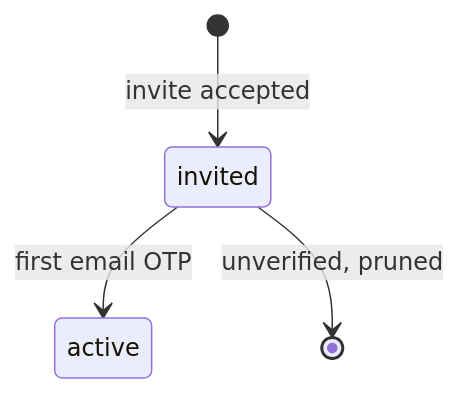
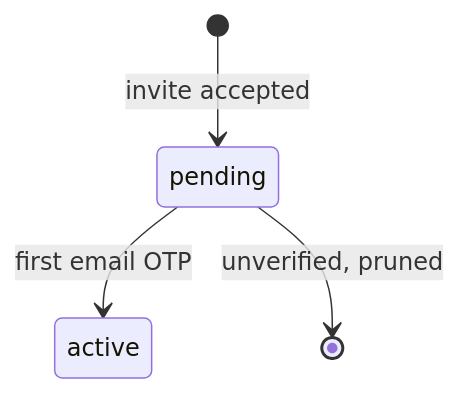
One commit to Blue-Dots-Economy/aggregator-dpg changed the third of 4 diagrams in docs/plans/invite-only-onboarding.md. Above: the diagram before and after it, drawn with Mermaid. The commit also changed other lines of this file, not shown here.

Commit message:
docs(plans): keep pending status and split org and user invite APIs

````diff
--- a/docs/plans/invite-only-onboarding.md
+++ b/docs/plans/invite-only-onboarding.md
@@ -79,6 +79,6 @@
 ```mermaid
 stateDiagram-v2
-  [*] --> invited: invite accepted
-  invited --> active: first email OTP
-  invited --> [*]: unverified, pruned
+  [*] --> pending: invite accepted
+  pending --> active: first email OTP
+  pending --> [*]: unverified, pruned
 ```
````
